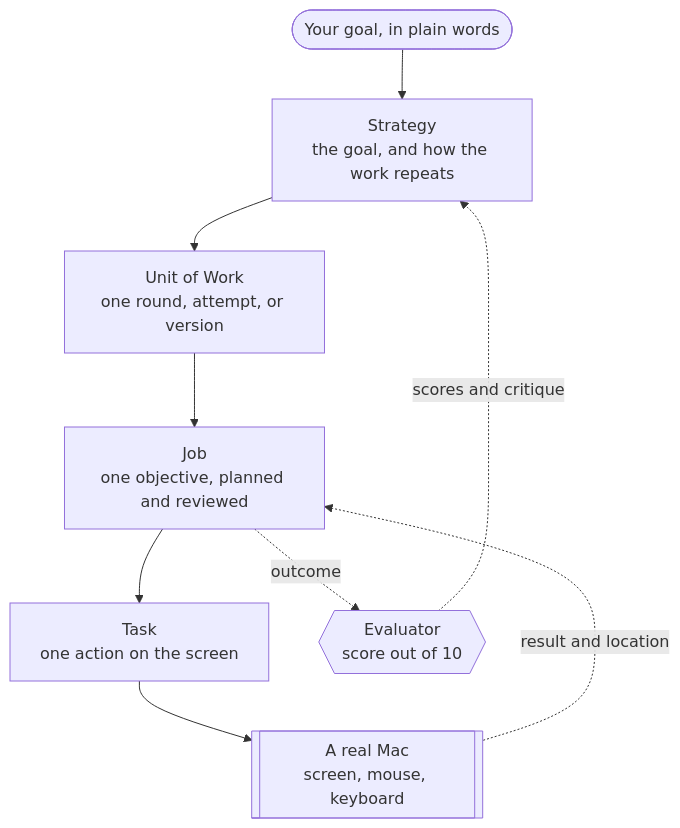
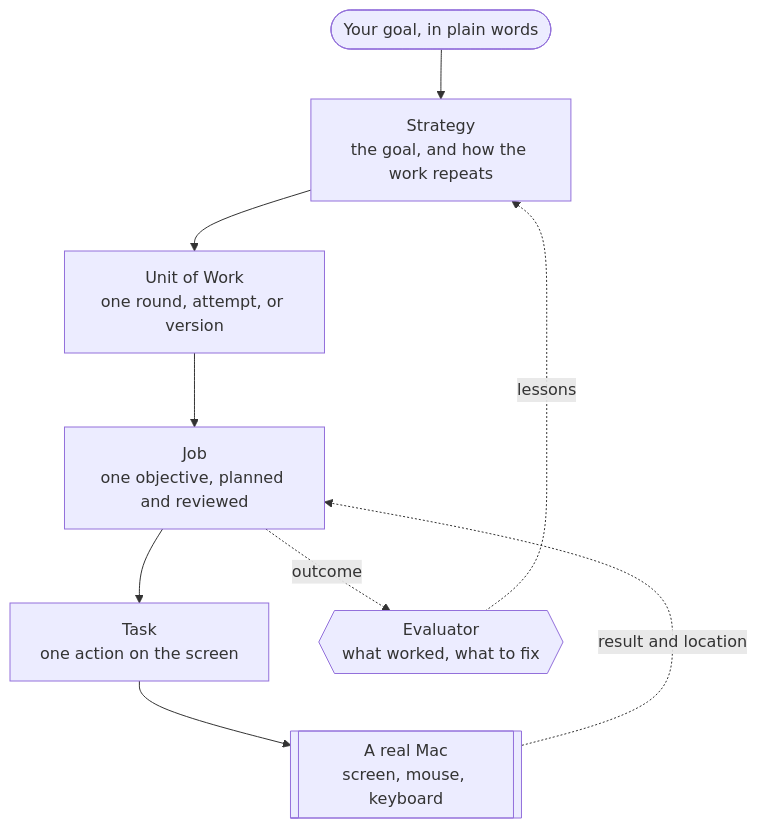
Before and after one commit to BaraaSoft/agentcores: the diagram in README.md, drawn with Mermaid. The commit also changed other lines of this file and 10 other files, not shown here.

````diff
--- a/README.md
+++ b/README.md
@@ -115,11 +116,11 @@
 ```mermaid
 flowchart TD
     Goal(["Your goal, in plain words"]) --> S
     S["Strategy<br/>the goal, and how the work repeats"] --> U["Unit of Work<br/>one round, attempt, or version"]
     U --> J["Job<br/>one objective, planned and reviewed"]
     J --> T["Task<br/>one action on the screen"]
     T --> Mac[["A real Mac<br/>screen, mouse, keyboard"]]
     Mac -. "result and location" .-> J
-    J -. "outcome" .-> E{{"Evaluator<br/>score out of 10"}}
-    E -. "scores and critique" .-> S
+    J -. "outcome" .-> E{{"Evaluator<br/>what worked, what to fix"}}
+    E -. "lessons" .-> S
 ```
````
